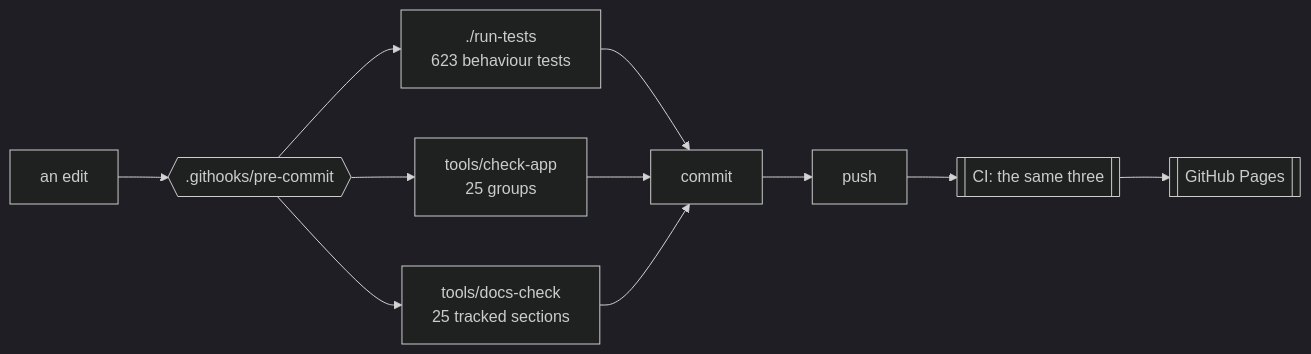
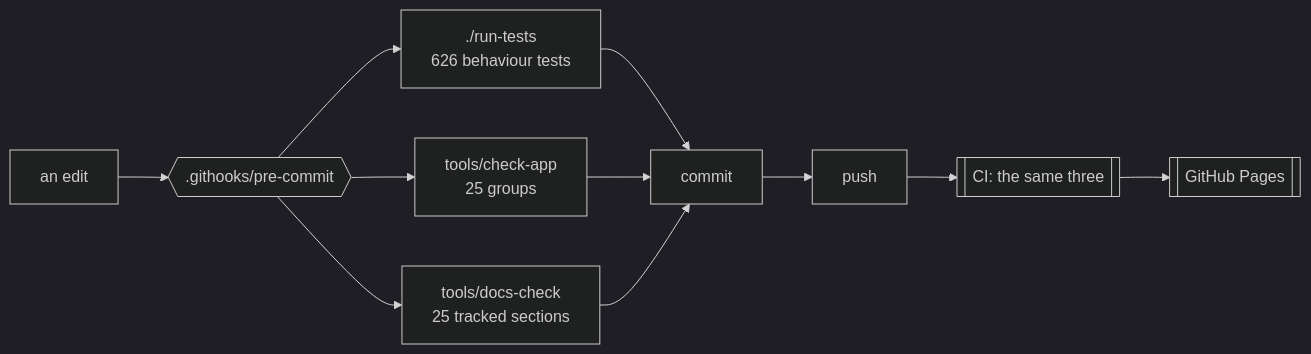
Before and after one commit to minormending/crystal-pilot-mobile: the first of 2 diagrams in docs/DEVELOPING.md, drawn with Mermaid (dark theme). The commit also changed other lines of this file and 5 other files, not shown here.

````diff
--- a/docs/DEVELOPING.md
+++ b/docs/DEVELOPING.md
@@ -15,12 +15,12 @@
 ```mermaid
 flowchart LR
     E[an edit] --> H{{".githooks/pre-commit"}}
-    H --> T["./run-tests<br/>623 behaviour tests"]
+    H --> T["./run-tests<br/>626 behaviour tests"]
     H --> C["tools/check-app<br/>25 groups"]
     H --> D["tools/docs-check<br/>25 tracked sections"]
     T --> OK[commit]
     C --> OK
     D --> OK
     OK --> P[push] --> CI[["CI: the same three"]]
     CI --> PG[[GitHub Pages]]
 ```
````
